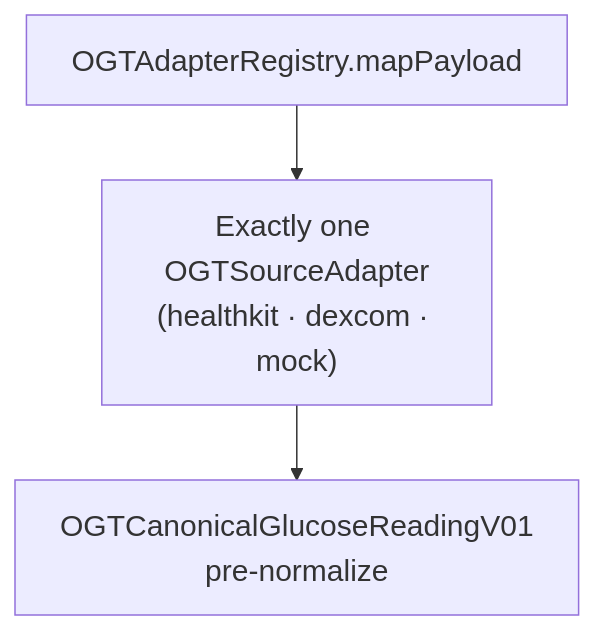
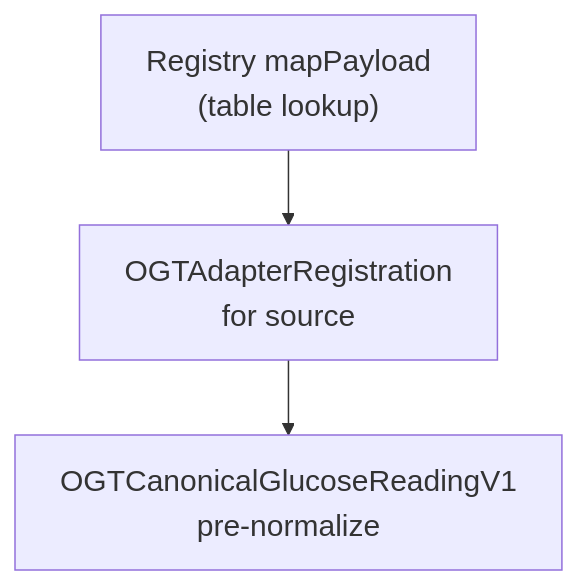
Before and after one commit to peterlandis/OpenGlucoseTelemetry: the fifth of 7 diagrams in runtimes/swift/ARCHITECTURE.md, drawn with Mermaid. The commit also changed other lines of this file and 64 other files, not shown here.

````diff
--- a/runtimes/swift/ARCHITECTURE.md
+++ b/runtimes/swift/ARCHITECTURE.md
@@ -122,9 +133,9 @@
 ```mermaid
 %%{init: {'themeVariables': {'fontSize': '20px'}}}%%
 flowchart TB
-  Reg["OGTAdapterRegistry.mapPayload"]
-  One["Exactly one OGTSourceAdapter\n(healthkit · dexcom · mock)"]
-  C["OGTCanonicalGlucoseReadingV01\npre-normalize"]
+  Reg["Registry mapPayload\n(table lookup)"]
+  One["OGTAdapterRegistration\nfor source"]
+  C["OGTCanonicalGlucoseReadingV1\npre-normalize"]
   Reg --> One
   One --> C
 ```
````
